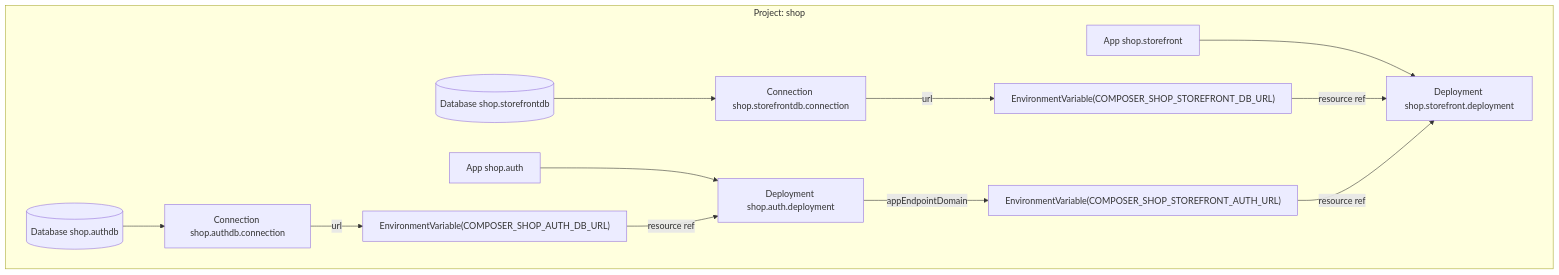
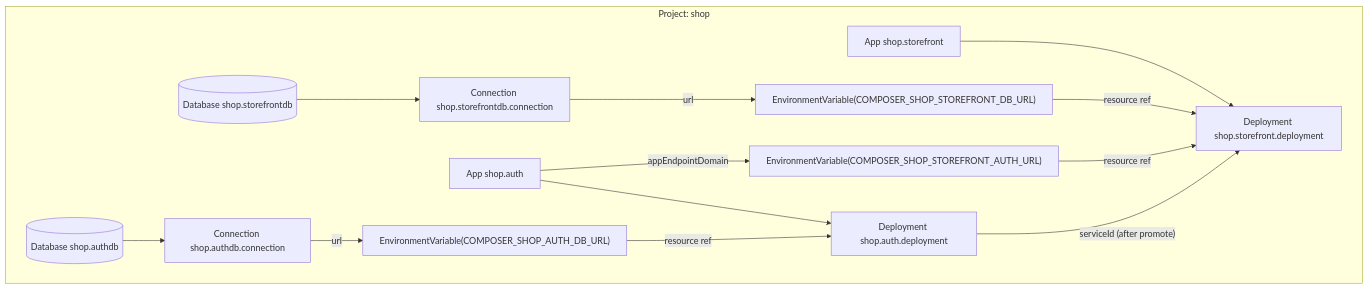
The second of 2 diagrams in docs/design/05-prisma-cloud/alchemy-lowering.md (prisma/composer), drawn with Mermaid before and after one commit. The commit also changed other lines of this file and 15 other files, not shown here.

````diff
--- a/docs/design/05-prisma-cloud/alchemy-lowering.md
+++ b/docs/design/05-prisma-cloud/alchemy-lowering.md
@@ -209,13 +202,14 @@
 ```mermaid
 flowchart TB
   subgraph P [Project: shop]
     DBa[(Database shop.authdb)] --> Ca[Connection shop.authdb.connection] -- url --> EVa["EnvironmentVariable(COMPOSER_SHOP_AUTH_DB_URL)"]
     DBs[(Database shop.storefrontdb)] --> Cs[Connection shop.storefrontdb.connection] -- url --> EVs["EnvironmentVariable(COMPOSER_SHOP_STOREFRONT_DB_URL)"]
     Sa[App shop.auth] --> Da[Deployment shop.auth.deployment]
     Ss[App shop.storefront] --> Ds[Deployment shop.storefront.deployment]
     EVa -- resource ref --> Da
     EVs -- resource ref --> Ds
-    Da -- appEndpointDomain --> EVu["EnvironmentVariable(COMPOSER_SHOP_STOREFRONT_AUTH_URL)"]
+    Sa -- appEndpointDomain --> EVu["EnvironmentVariable(COMPOSER_SHOP_STOREFRONT_AUTH_URL)"]
     EVu -- resource ref --> Ds
+    Da -- "serviceId (after promote)" --> Ds
   end
 ```
````
